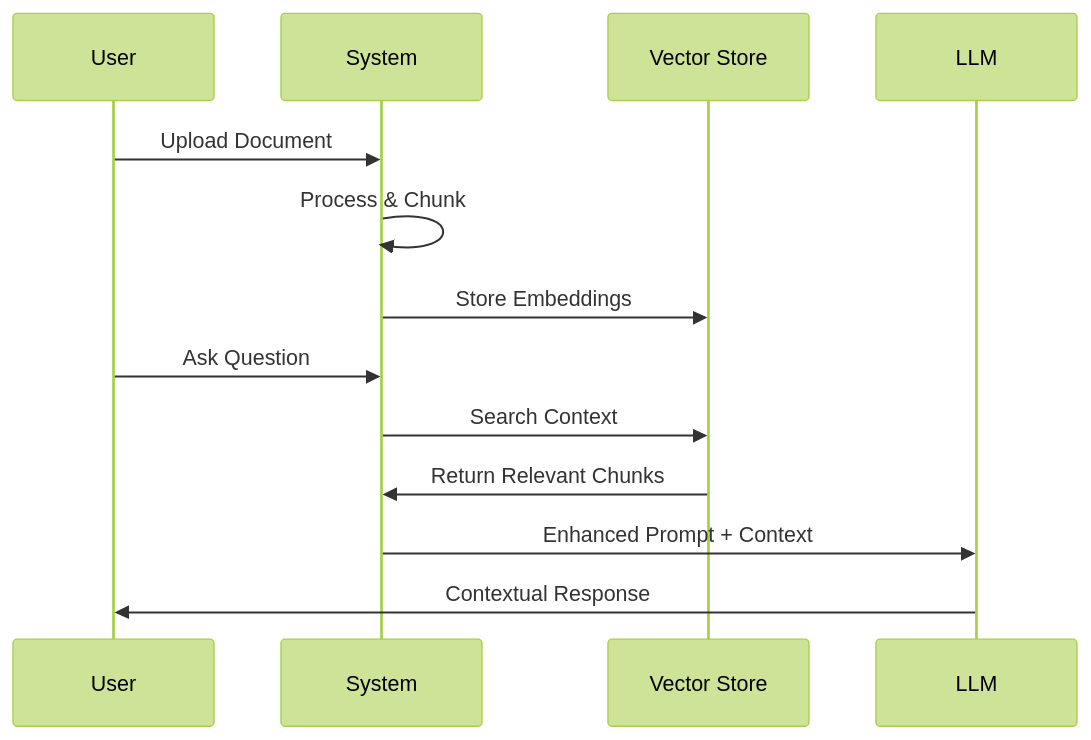
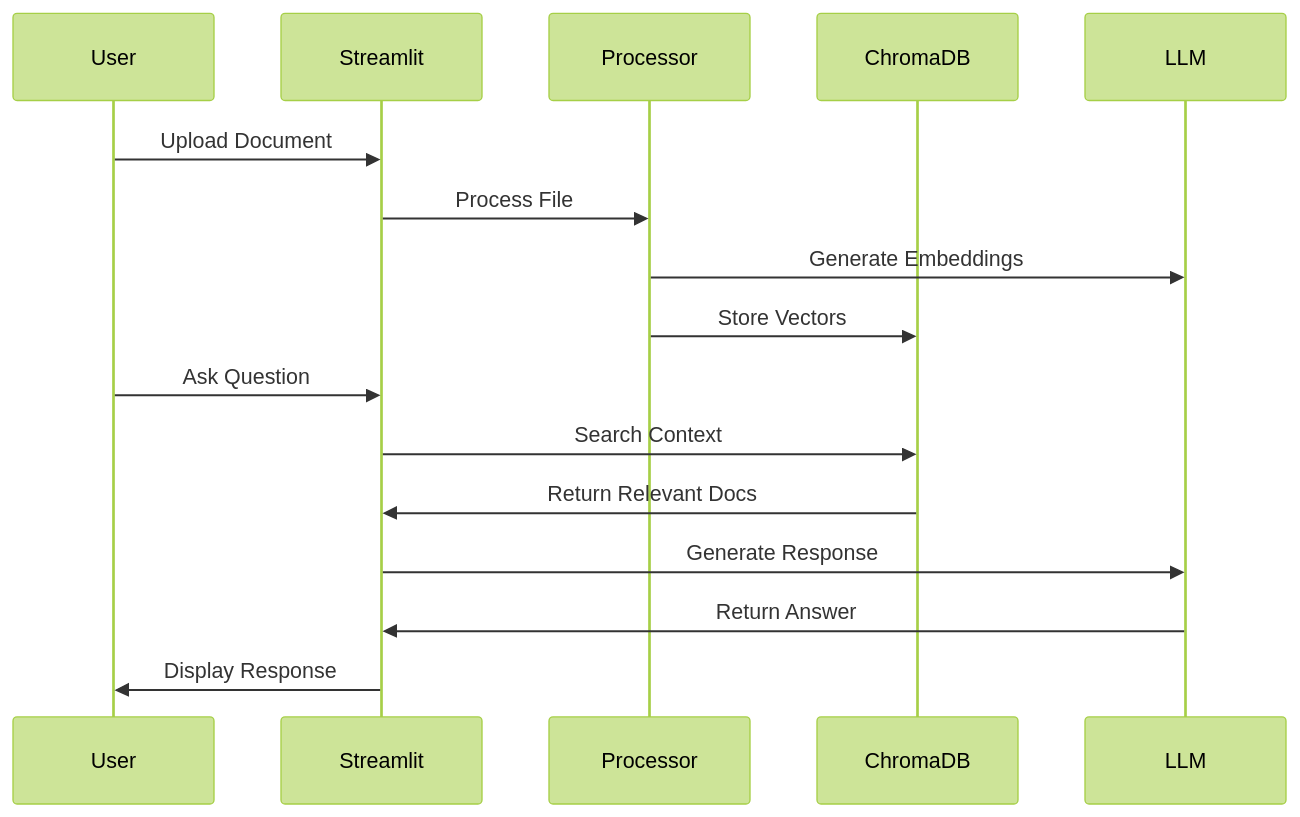
One commit to khaosans/basic-chat changed the second of 3 diagrams in README.md. Above: the diagram before and after it, drawn with Mermaid (forest theme). The commit also changed other lines of this file and 5 other files, not shown here.

````diff
--- a/README.md
+++ b/README.md
@@ -120,16 +25,19 @@
 ```mermaid
 sequenceDiagram
     participant U as User
-    participant S as System
-    participant V as Vector Store
+    participant S as Streamlit
+    participant P as Processor
+    participant DB as ChromaDB
     participant L as LLM
 
     U->>S: Upload Document
-    S->>S: Process & Chunk
-    S->>V: Store Embeddings
+    S->>P: Process File
+    P->>L: Generate Embeddings
+    P->>DB: Store Vectors
     U->>S: Ask Question
-    S->>V: Search Context
-    V->>S: Return Relevant Chunks
-    S->>L: Enhanced Prompt + Context
-    L->>U: Contextual Response
+    S->>DB: Search Context
+    DB->>S: Return Relevant Docs
+    S->>L: Generate Response
+    L->>S: Return Answer
+    S->>U: Display Response
 ```
````
